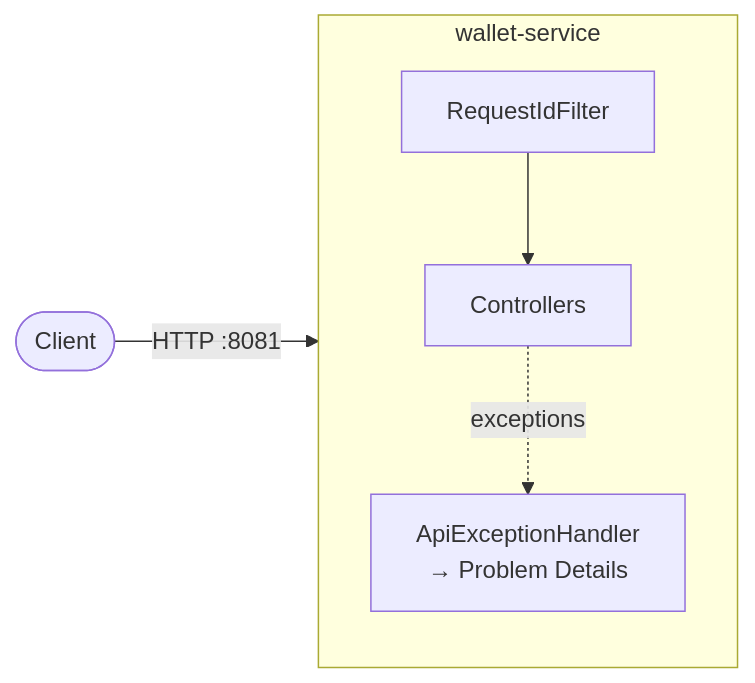
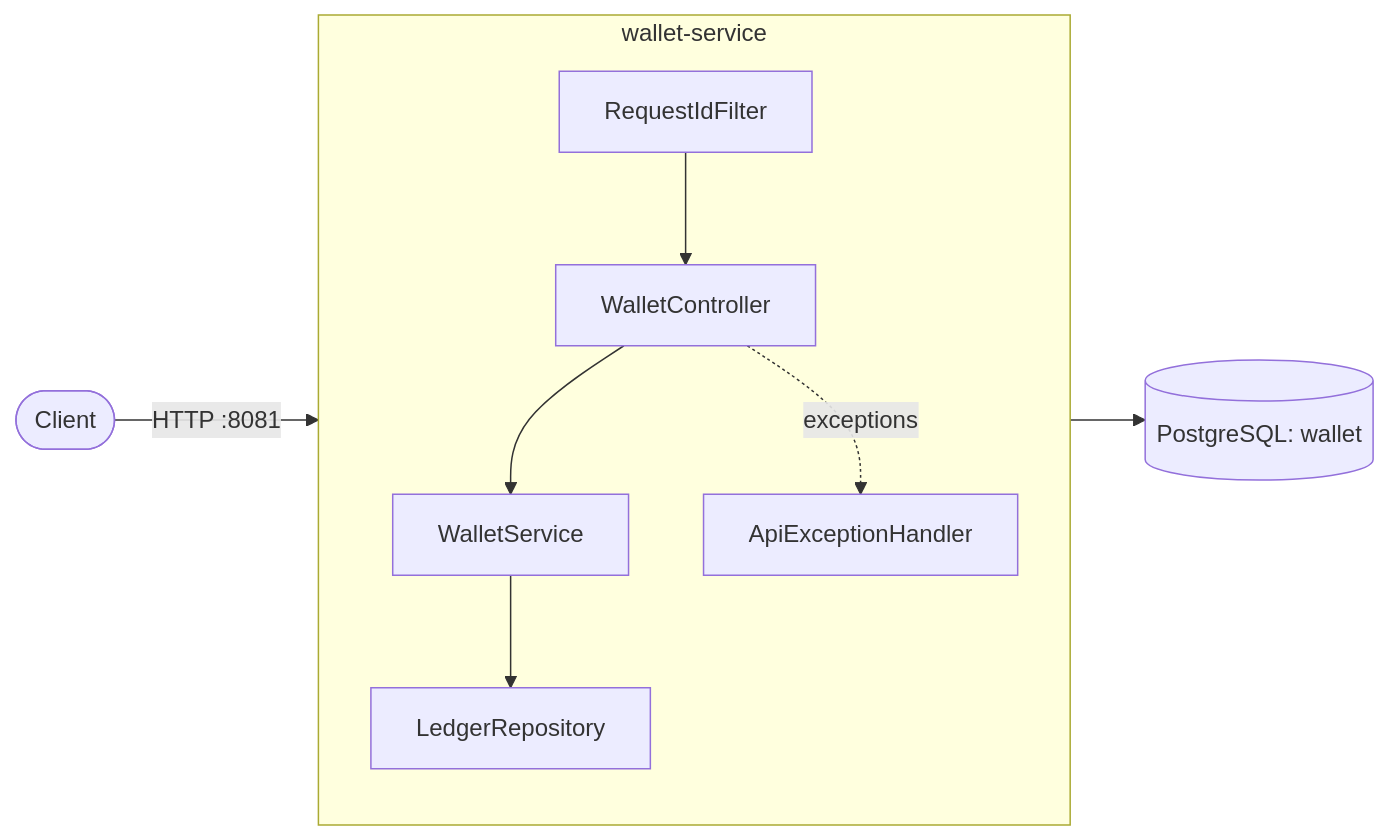
One commit to Aestheticsuraj234/payments-microservices-springboot changed the diagram in docs/architecture.md. Above: the diagram before and after it, drawn with Mermaid. The commit also changed other lines of this file and 30 other files, not shown here.

First line of the commit message:
feat(wallet): the double-entry ledger

````diff
--- a/docs/architecture.md
+++ b/docs/architecture.md
@@ -9,9 +9,12 @@
 ```mermaid
 flowchart LR
     client([Client]) -->|HTTP :8081| wallet
     subgraph wallet[wallet-service]
         direction TB
-        f[RequestIdFilter] --> c[Controllers]
-        c -. exceptions .-> h[ApiExceptionHandler<br/>→ Problem Details]
+        f[RequestIdFilter] --> c[WalletController]
+        c --> s[WalletService]
+        s --> r[LedgerRepository]
+        c -. exceptions .-> h[ApiExceptionHandler]
     end
+    r --> db[(PostgreSQL: wallet)]
 ```
````
